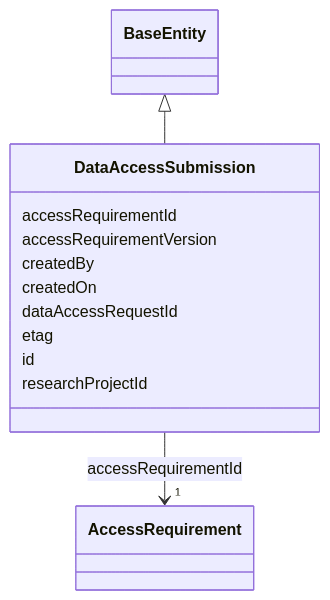
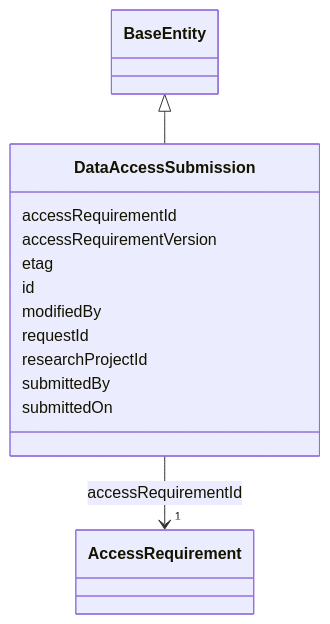
Before and after one commit to mc2-center/governanceDUO: the diagram in docs/reference/classes/DataAccessSubmission.md, drawn with Mermaid. The commit also changed other lines of this file and 23 other files, not shown here.

First line of the commit message:
Fix DataAccessSubmission/DataAccessSubmissionStatus field names to match live Synapse API

````diff
--- a/docs/reference/classes/DataAccessSubmission.md
+++ b/docs/reference/classes/DataAccessSubmission.md
@@ -23,34 +25,36 @@
 ```mermaid
  classDiagram
     class DataAccessSubmission
     click DataAccessSubmission href "../../classes/DataAccessSubmission/"
       BaseEntity <|-- DataAccessSubmission
         click BaseEntity href "../../classes/BaseEntity/"
       
       DataAccessSubmission : accessRequirementId
         
           
     
         
         
         DataAccessSubmission --> "1" AccessRequirement : accessRequirementId
         click AccessRequirement href "../../classes/AccessRequirement/"
     
 
         
       DataAccessSubmission : accessRequirementVersion
         
-      DataAccessSubmission : createdBy
-        
-      DataAccessSubmission : createdOn
-        
-      DataAccessSubmission : dataAccessRequestId
-        
       DataAccessSubmission : etag
         
       DataAccessSubmission : id
         
+      DataAccessSubmission : modifiedBy
+        
+      DataAccessSubmission : requestId
+        
       DataAccessSubmission : researchProjectId
+        
+      DataAccessSubmission : submittedBy
+        
+      DataAccessSubmission : submittedOn
         
       
 ```
````
